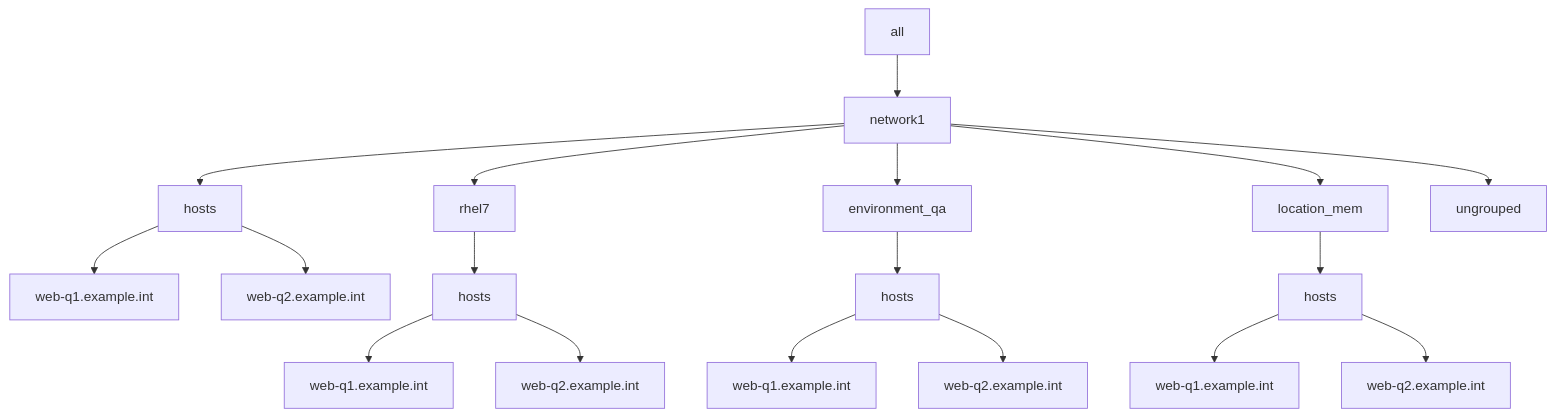
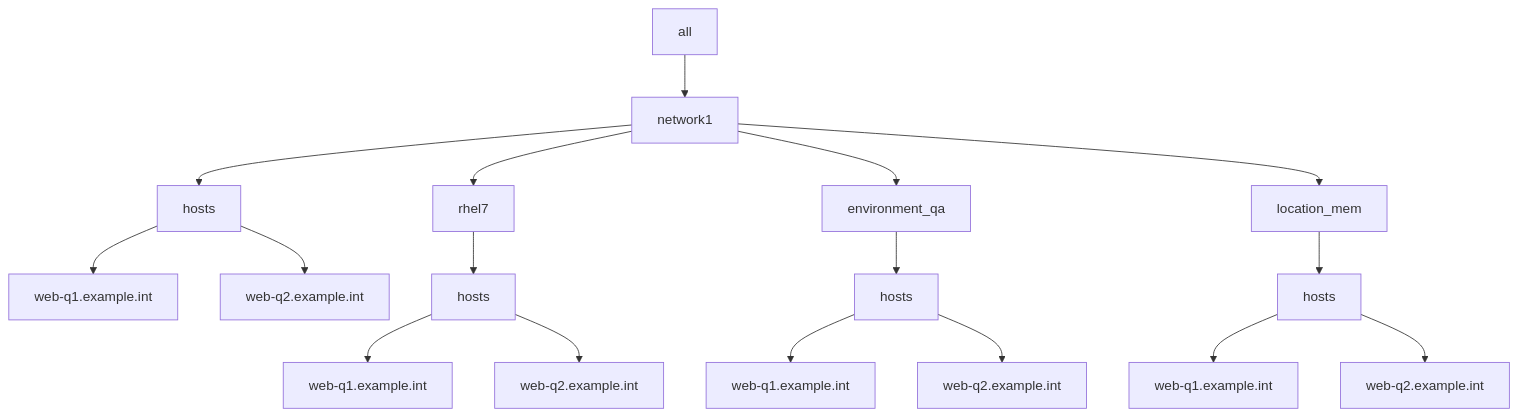
The second of 2 diagrams in tests/ansible-multiple-yaml-inventories/example1/README.md (lj020326/Ansible-inventory-file-examples), drawn with Mermaid before and after one commit.

Commit message:
develop-lj - 	modified:   tests/ansible-multiple-yaml-inventories/example1/README.md

````diff
--- a/tests/ansible-multiple-yaml-inventories/example1/README.md
+++ b/tests/ansible-multiple-yaml-inventories/example1/README.md
@@ -68,20 +68,19 @@
 ```mermaid
 graph TD;
     A[all] --> B[network1]
     B --> C[hosts]
     B --> D[rhel7]
     B --> E[environment_qa]
     B --> F[location_mem]
-    B --> G[ungrouped]
     C --> H[web-q1.example.int]
     C --> I[web-q2.example.int]
     D --> J[hosts]
     J --> K[web-q1.example.int]
     J --> L[web-q2.example.int]
     E --> M[hosts]
     M --> N[web-q1.example.int]
     M --> O[web-q2.example.int]
     F --> P[hosts]
     P --> Q[web-q1.example.int]
     P --> R[web-q2.example.int]
 ```
````
